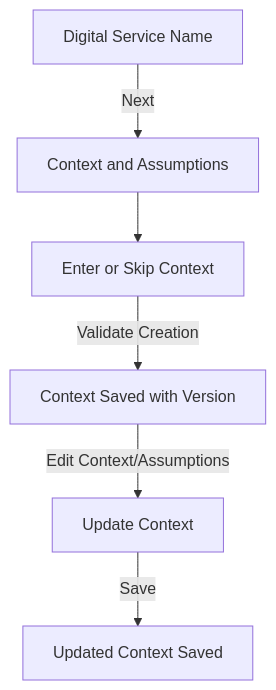
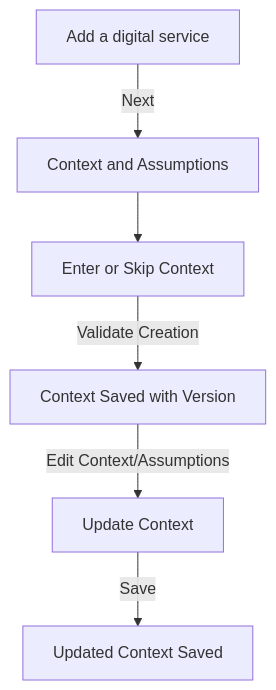
One commit to teamg4it/g4it changed the first of 2 diagrams in services/documentation/content/2-functional-documentation/use_cases/uc_digital_services/uc13_context_assumptions.md. Above: the diagram before and after it, drawn with Mermaid. The commit also changed other lines of this file and 1 other file, not shown here.

```diff
--- a/services/documentation/content/2-functional-documentation/use_cases/uc_digital_services/uc13_context_assumptions.md
+++ b/services/documentation/content/2-functional-documentation/use_cases/uc_digital_services/uc13_context_assumptions.md
@@ -32,8 +32,8 @@
 {{< mermaid align="center" >}}
 graph TD
-A[Digital Service Name] -->|Next| B[Context and Assumptions]
+A[Add a digital service] -->|Next| B[Context and Assumptions]
 B --> C[Enter or Skip Context]
 C -->|Validate Creation| D[Context Saved with Version]
 D -->|Edit Context/Assumptions| E[Update Context]
 E -->|Save| F[Updated Context Saved]
 {{< /mermaid >}}
```
